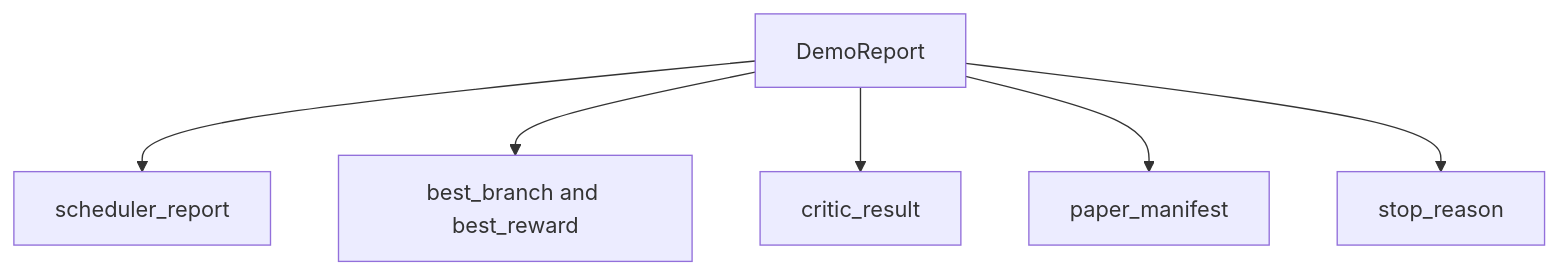
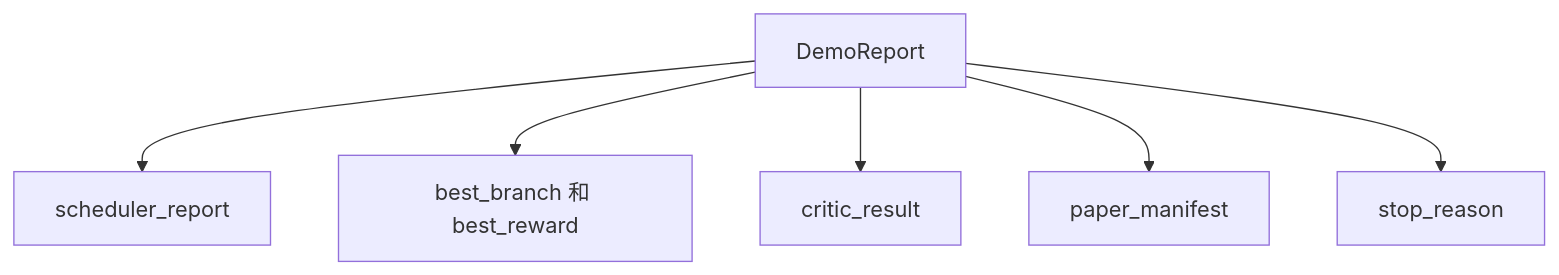
Before and after one commit to guangningsun/ailearning: the third of 3 diagrams in lessons/19-capstone-projects/57-end-to-end-research-demo/docs/zh.md, drawn with Mermaid. The commit also changed other lines of this file and 85 other files, not shown here.

````diff
--- a/lessons/19-capstone-projects/57-end-to-end-research-demo/docs/zh.md
+++ b/lessons/19-capstone-projects/57-end-to-end-research-demo/docs/zh.md
@@ -57,8 +57,8 @@
 ```mermaid
 flowchart TB
     Rep[DemoReport] --> Sch[scheduler_report]
-    Rep --> Pick[best_branch and best_reward]
+    Rep --> Pick[best_branch 和 best_reward]
     Rep --> Cri[critic_result]
     Rep --> Pap[paper_manifest]
     Rep --> Term[stop_reason]
 ```
````
